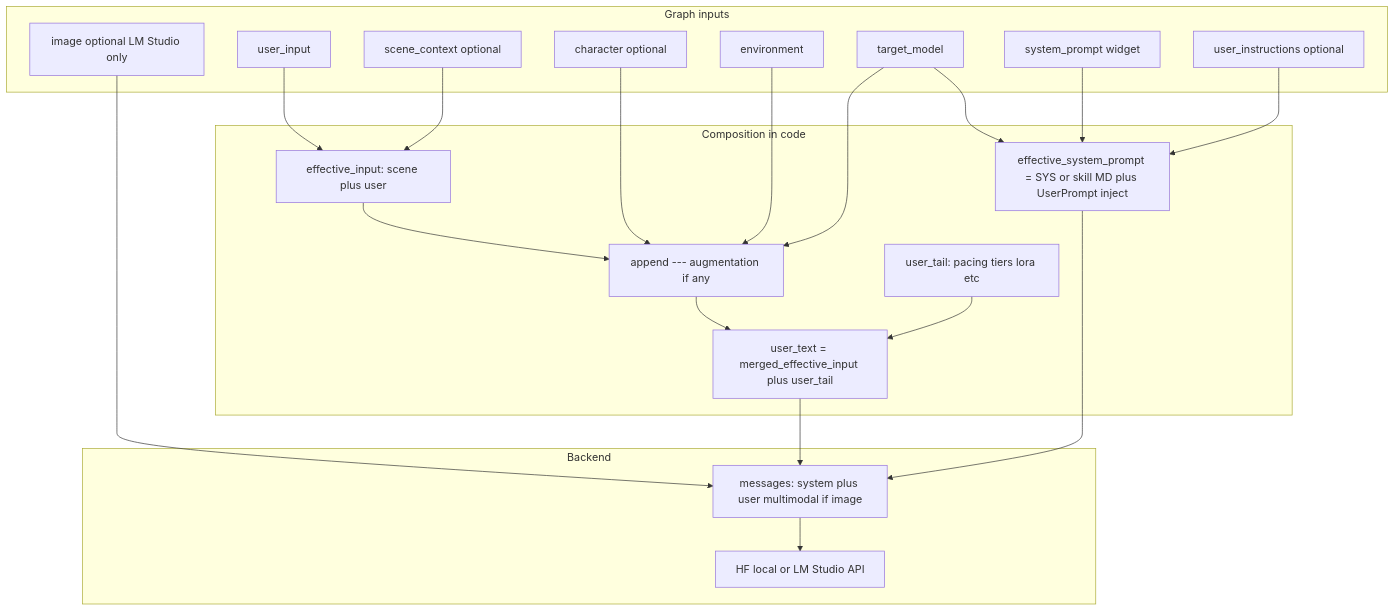
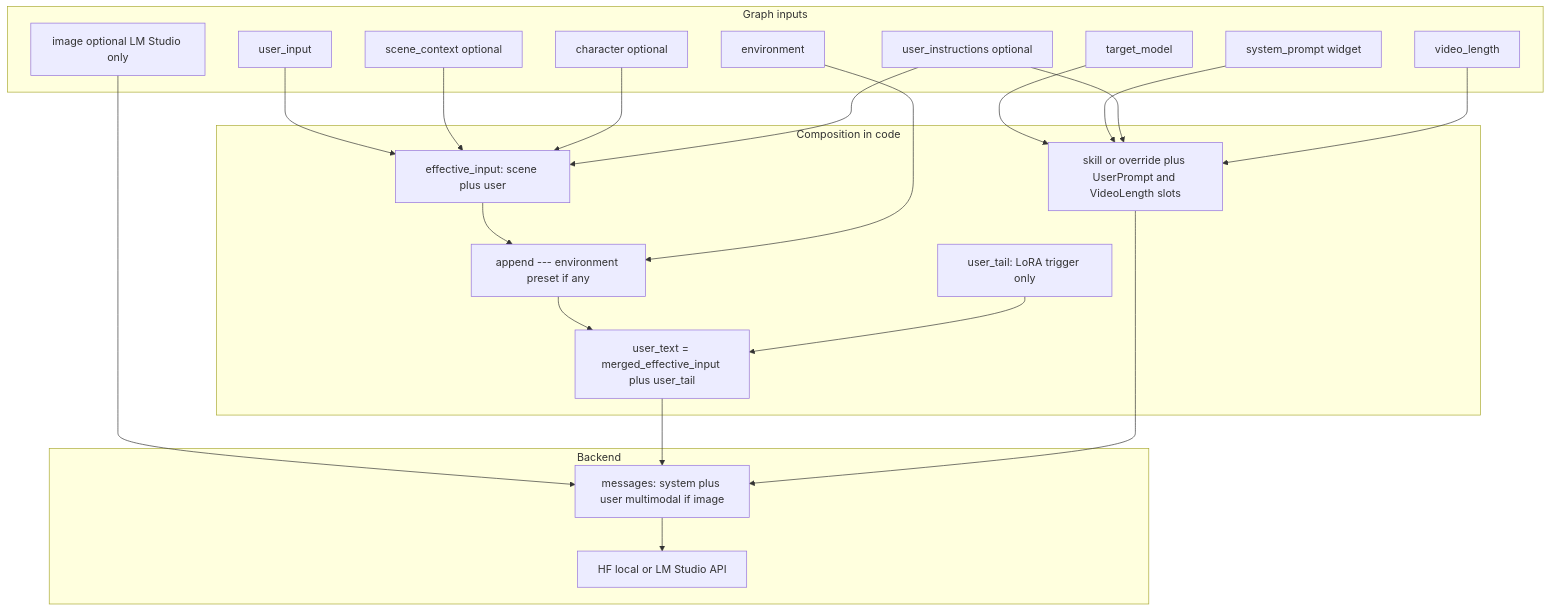
Before and after one commit to vsaan212/Vsaan212-workflow-utilities: the diagram in docs/nodes/lazyprompt-prompt-enhancement.md, drawn with Mermaid. The commit also changed other lines of this file and 45 other files, not shown here.

Commit message:
Add SAS MiniMax/image/video LoRA sockets, Prompt [Lora1]–[Lora5], and MiniMax TR2V skill.

````diff
--- a/docs/nodes/lazyprompt-prompt-enhancement.md
+++ b/docs/nodes/lazyprompt-prompt-enhancement.md
@@ -20,42 +20,44 @@
 ```mermaid
 flowchart TD
   subgraph inputs [Graph inputs]
     UI[user_input]
     SC[scene_context optional]
     CH[character optional]
     ENV[environment]
     IMG[image optional LM Studio only]
     SYS[system_prompt widget]
     UIN[user_instructions optional]
+    VL[video_length]
     TM[target_model]
   end
 
   subgraph compose [Composition in code]
     EI[effective_input: scene plus user]
-    MERGE["append --- augmentation if any"]
-    TAIL[user_tail: pacing tiers lora etc]
+    MERGE["append --- environment preset if any"]
+    TAIL[user_tail: LoRA trigger only]
     UTXT["user_text = merged_effective_input plus user_tail"]
-    ESP["effective_system_prompt = SYS or skill MD plus UserPrompt inject"]
+    ESP["skill or override plus UserPrompt and VideoLength slots"]
   end
 
   subgraph api [Backend]
     MSG["messages: system plus user multimodal if image"]
     LLM[HF local or LM Studio API]
   end
 
   UI --> EI
   SC --> EI
+  CH --> EI
+  UIN --> EI
   EI --> MERGE
-  CH --> MERGE
   ENV --> MERGE
-  TM --> MERGE
   MERGE --> UTXT
   TAIL --> UTXT
   TM --> ESP
   SYS --> ESP
   UIN --> ESP
+  VL --> ESP
   IMG --> MSG
   UTXT --> MSG
   ESP --> MSG
   MSG --> LLM
 ```
````
